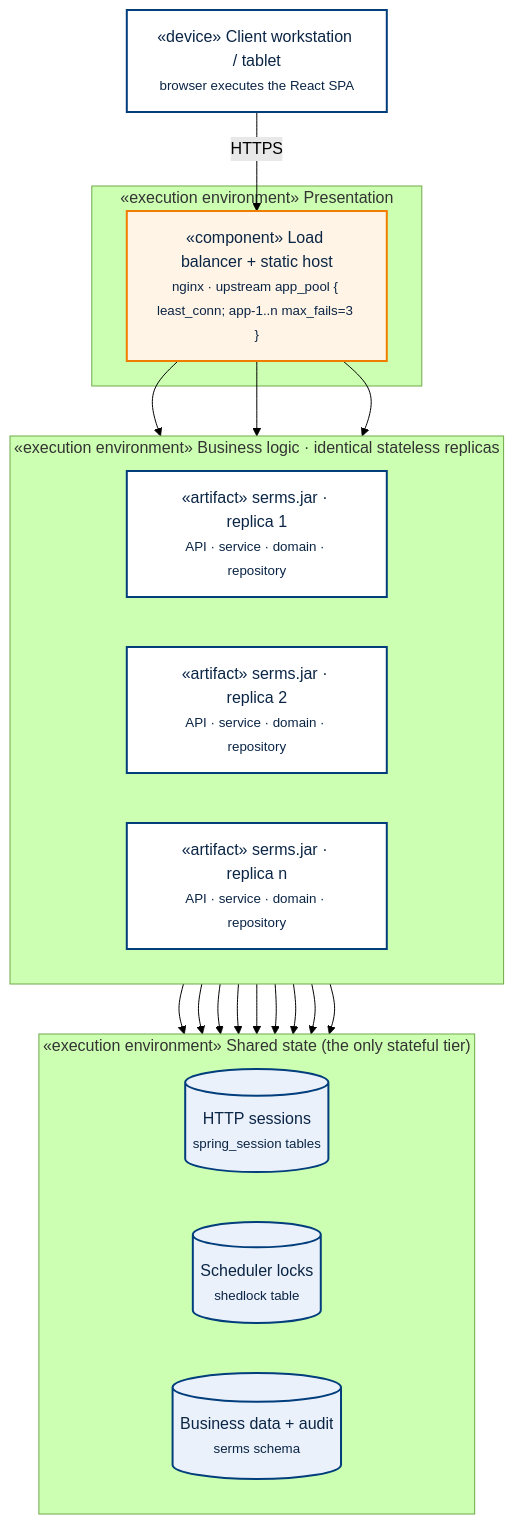
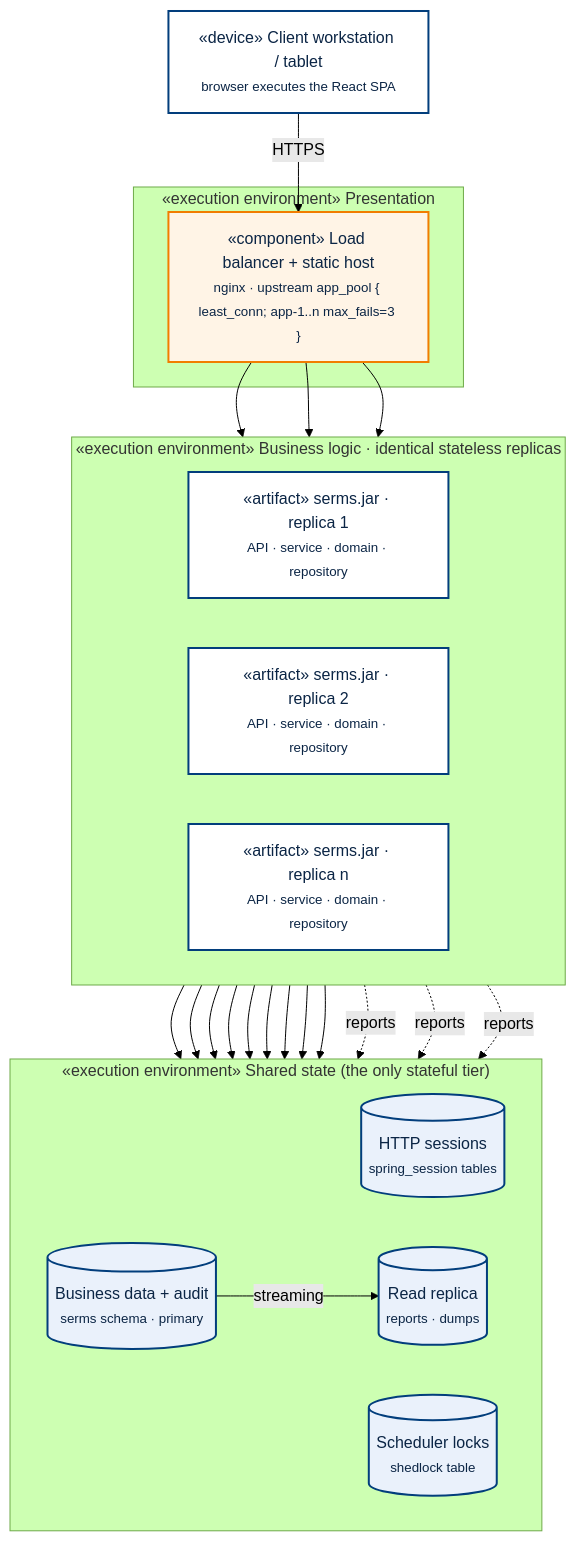
One commit to cpg25ncu/shared-equipment-reservation-and-maintenance-system changed the diagram in docs/diagrams/report/05-deployment-logical.mmd. Above: the diagram before and after it, drawn with Mermaid (forest theme). The commit also changed 43 other files, not shown here.

First line of the commit message:
feat(data-tier): read replica, point-in-time recovery, off-host backups and edge rate limits

```diff
--- a/docs/diagrams/report/05-deployment-logical.mmd
+++ b/docs/diagrams/report/05-deployment-logical.mmd
@@ -1,24 +1,27 @@
 %% Logical deployment view: scalable monolith with load balancing
 flowchart TB
   classDef node fill:#FFFFFF,stroke:#023E7C,stroke-width:2px,color:#0B2545
   classDef hot fill:#FFF4E6,stroke:#F17D00,stroke-width:2px,color:#0B2545
   classDef db fill:#EAF1FB,stroke:#023E7C,stroke-width:2px,color:#0B2545
   CL["«device» Client workstation / tablet<br/><small>browser executes the React SPA</small>"]:::node
   subgraph PRES["«execution environment» Presentation"]
     LB["«component» Load balancer + static host<br/><small>nginx · upstream app_pool { least_conn; app-1..n max_fails=3 }</small>"]:::hot
   end
   subgraph BIZ["«execution environment» Business logic · identical stateless replicas"]
     direction LR
     R1["«artifact» serms.jar · replica 1<br/><small>API · service · domain · repository</small>"]:::node
     R2["«artifact» serms.jar · replica 2<br/><small>API · service · domain · repository</small>"]:::node
     R3["«artifact» serms.jar · replica n<br/><small>API · service · domain · repository</small>"]:::node
   end
   subgraph SHARED["«execution environment» Shared state (the only stateful tier)"]
     direction LR
     S1[("HTTP sessions<br/><small>spring_session tables</small>")]:::db
     S2[("Scheduler locks<br/><small>shedlock table</small>")]:::db
-    S3[("Business data + audit<br/><small>serms schema</small>")]:::db
+    S3[("Business data + audit<br/><small>serms schema · primary</small>")]:::db
+    S4[("Read replica<br/><small>reports · dumps</small>")]:::db
   end
   CL -- "HTTPS" --> LB
   LB --> R1 & R2 & R3
   R1 & R2 & R3 --> S1 & S2 & S3
+  S3 -- "streaming" --> S4
+  R1 & R2 & R3 -. "reports" .-> S4
```
